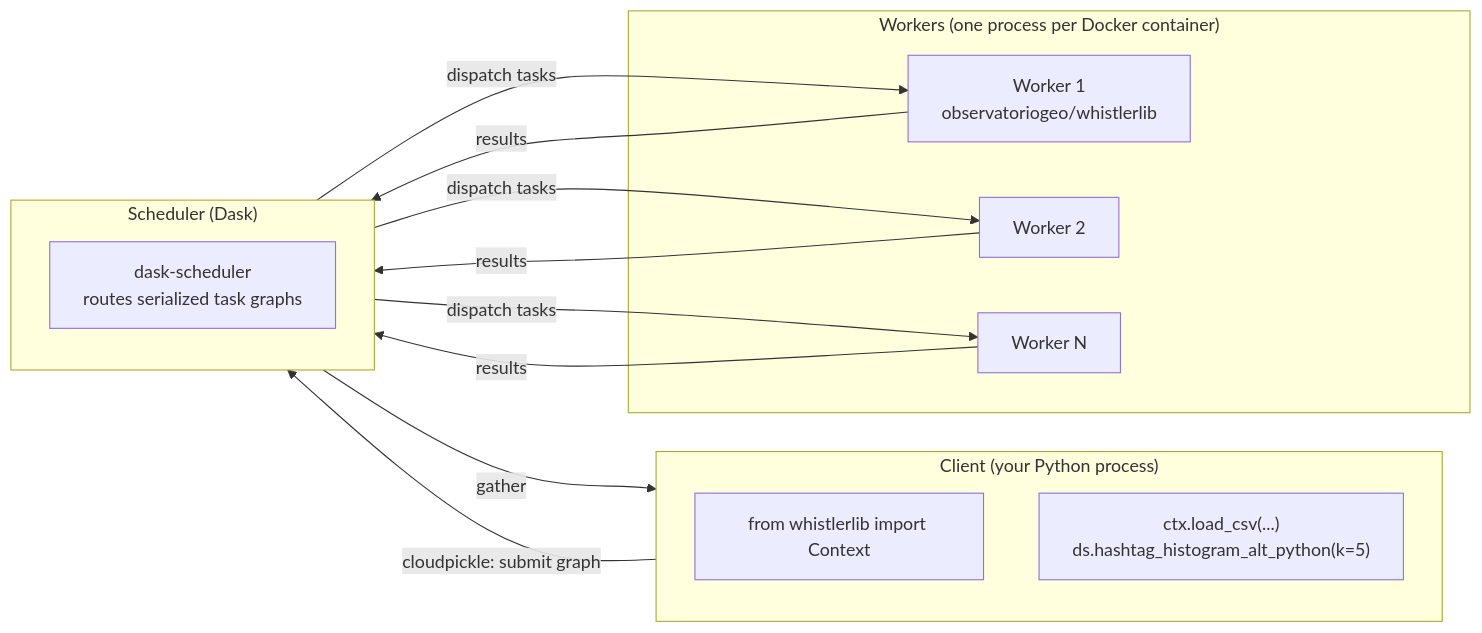
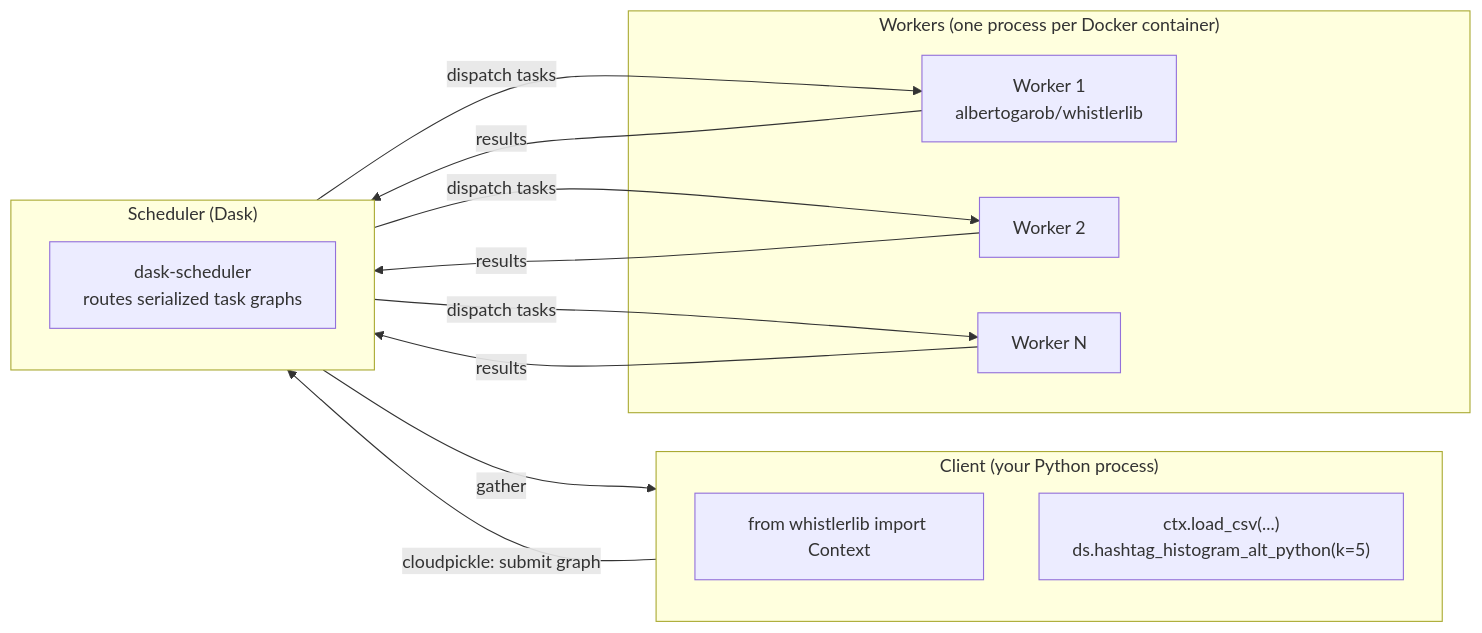
The first of 3 diagrams in docs/concepts/architecture.md (observatoriogeo/whistlerlib), drawn with Mermaid before and after one commit. The commit also changed other lines of this file and 18 other files, not shown here.

First line of the commit message:
Rename Docker image namespace from observatoriogeo to albertogarob

````diff
--- a/docs/concepts/architecture.md
+++ b/docs/concepts/architecture.md
@@ -7,26 +7,26 @@
 ```mermaid
 flowchart LR
     subgraph CLIENT["Client (your Python process)"]
         C1["from whistlerlib import Context"]
         C2["ctx.load_csv(...)<br/>ds.hashtag_histogram_alt_python(k=5)"]
     end
 
     subgraph SCHEDULER["Scheduler (Dask)"]
         S1["dask-scheduler<br/>routes serialized task graphs"]
     end
 
     subgraph WORKERS["Workers (one process per Docker container)"]
-        W1["Worker 1<br/>observatoriogeo/whistlerlib"]
+        W1["Worker 1<br/>albertogarob/whistlerlib"]
         W2["Worker 2"]
         WN["Worker N"]
     end
 
     CLIENT -->|cloudpickle: submit graph| SCHEDULER
     SCHEDULER -->|dispatch tasks| W1
     SCHEDULER -->|dispatch tasks| W2
     SCHEDULER -->|dispatch tasks| WN
     W1 -->|results| SCHEDULER
     W2 -->|results| SCHEDULER
     WN -->|results| SCHEDULER
     SCHEDULER -->|gather| CLIENT
 ```
````
